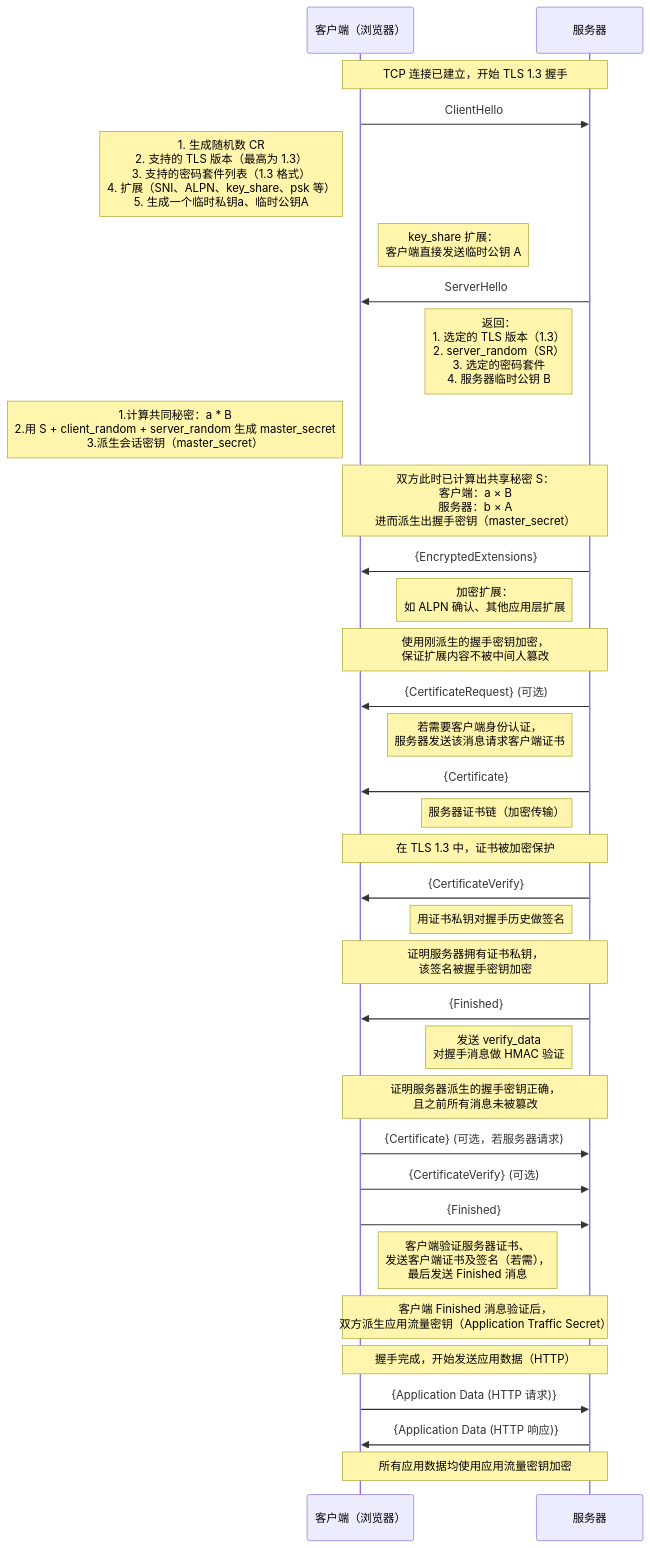
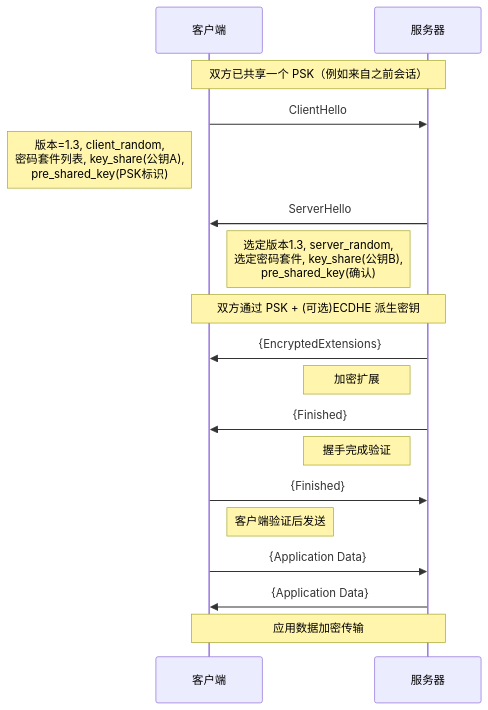
Before and after one commit to HY-10-8/iodraw-files: the diagram in all/TLS-1.3-通用.md, drawn with Mermaid.

Commit message:
2026-03-30 17:54:09 update

````diff
--- a/all/TLS-1.3-通用.md
+++ b/all/TLS-1.3-通用.md
@@ -1,47 +1,28 @@
 ```mermaid
 sequenceDiagram
-    participant C as 客户端（浏览器）
+    participant C as 客户端
     participant S as 服务器
 
-    Note over C,S: TCP 连接已建立，开始 TLS 1.3 握手
+    Note over C,S: 双方已共享一个 PSK（例如来自之前会话）
 
     C->>S: ClientHello
-    Note left of C: 1. 生成随机数 CR<br/> 2. 支持的 TLS 版本（最高为 1.3）<br/> 3. 支持的密码套件列表（1.3 格式）<br/> 4. 扩展（SNI、ALPN、key_share、psk 等）<br/> 5. 生成一个临时私钥a、临时公钥A
-    Note right of C: key_share 扩展：<br/> 客户端直接发送临时公钥 A
+    Note left of C: 版本=1.3, client_random,<br/> 密码套件列表, key_share(公钥A),<br/> pre_shared_key(PSK标识)
 
     S->>C: ServerHello
-    Note left of S: 返回：<br/> 1. 选定的 TLS 版本（1.3）<br/> 2. server_random（SR）<br/> 3. 选定的密码套件<br/> 4. 服务器临时公钥 B
-    Note left of C: 1.计算共同秘密：a * B<br/> 2.用 S + client_random + server_random 生成 master_secret<br/> 3.派生会话密钥（master_secret）
-    Note over C,S: 双方此时已计算出共享秘密 S：<br/> 客户端：a × B<br/> 服务器：b × A<br/> 进而派生出握手密钥（master_secret）
+    Note left of S: 选定版本1.3, server_random,<br/> 选定密码套件, key_share(公钥B),<br/> pre_shared_key(确认)
+
+    Note over C,S: 双方通过 PSK + (可选)ECDHE 派生密钥
 
     S->>C: {EncryptedExtensions}
-    Note left of S: 加密扩展：<br/> 如 ALPN 确认、其他应用层扩展
-    Note over C,S: 使用刚派生的握手密钥加密，<br/> 保证扩展内容不被中间人篡改
-
-    S->>C: {CertificateRequest} (可选)
-    Note left of S: 若需要客户端身份认证，<br/> 服务器发送该消息请求客户端证书
-
-    S->>C: {Certificate}
-    Note left of S: 服务器证书链（加密传输）
-    Note over C,S: 在 TLS 1.3 中，证书被加密保护
-
-    S->>C: {CertificateVerify}
-    Note left of S: 用证书私钥对握手历史做签名
-    Note over C,S: 证明服务器拥有证书私钥，<br/> 该签名被握手密钥加密
+    Note left of S: 加密扩展
 
     S->>C: {Finished}
-    Note left of S: 发送 verify_data<br/> 对握手消息做 HMAC 验证
-    Note over C,S: 证明服务器派生的握手密钥正确，<br/> 且之前所有消息未被篡改
+    Note left of S: 握手完成验证
 
-    C->>S: {Certificate} (可选，若服务器请求)
-    C->>S: {CertificateVerify} (可选)
     C->>S: {Finished}
-    Note right of C: 客户端验证服务器证书、<br/> 发送客户端证书及签名（若需），<br/> 最后发送 Finished 消息
-    Note over C,S: 客户端 Finished 消息验证后，<br/> 双方派生应用流量密钥（Application Traffic Secret）
+    Note right of C: 客户端验证后发送
 
-    Note over C,S: 握手完成，开始发送应用数据（HTTP）
-
-    C->>S: {Application Data (HTTP 请求)}
-    S->>C: {Application Data (HTTP 响应)}
-    Note over C,S: 所有应用数据均使用应用流量密钥加密
+    C->>S: {Application Data}
+    S->>C: {Application Data}
+    Note over C,S: 应用数据加密传输
 ```
````
